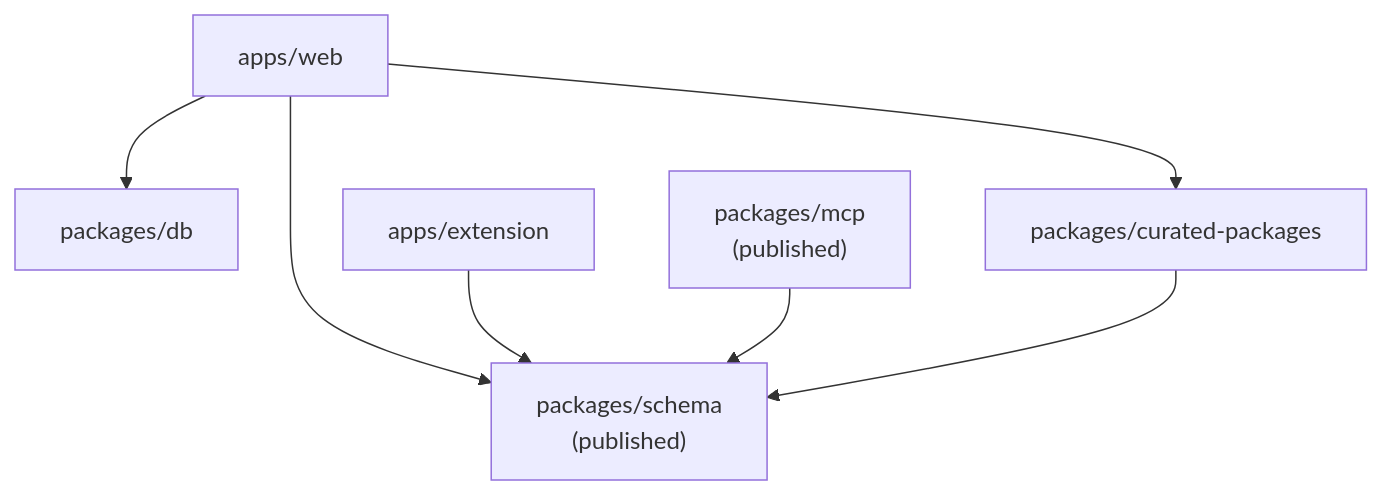
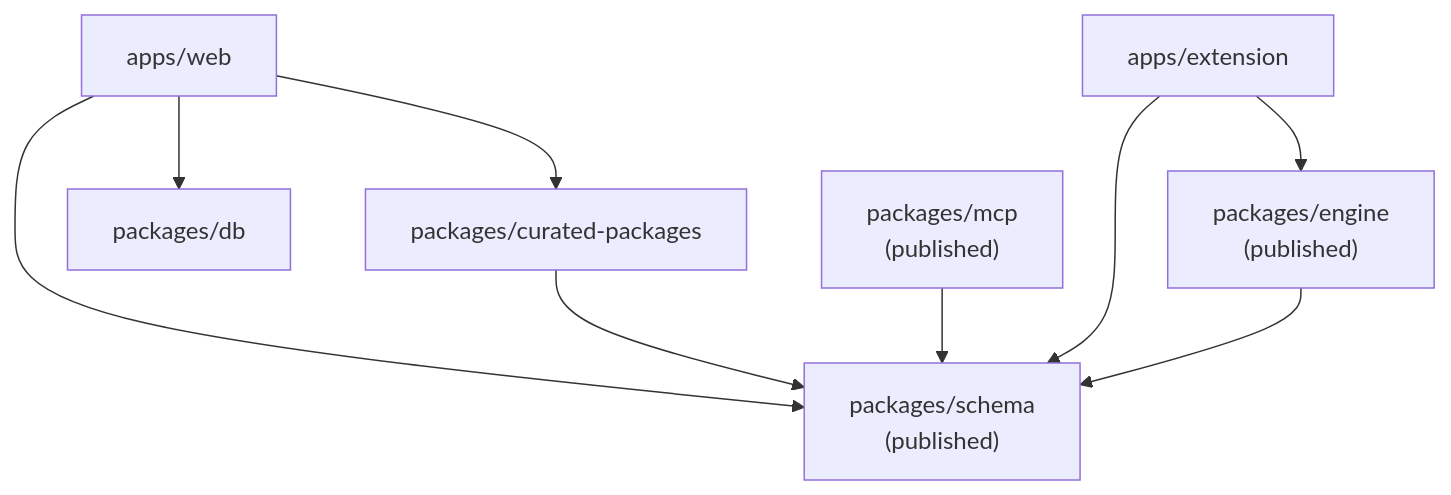
Before and after one commit to robertn702/webmcp-today: the second of 5 diagrams in ARCHITECTURE.md, drawn with Mermaid. The commit also changed other lines of this file and 25 other files, not shown here.

First line of the commit message:
refactor: extract API execution engine into packages/engine (MIT)

````diff
--- a/ARCHITECTURE.md
+++ b/ARCHITECTURE.md
@@ -72,16 +77,19 @@
 ```mermaid
 flowchart TD
     schema["packages/schema<br/>(published)"]
+    engine["packages/engine<br/>(published)"]
     db["packages/db"]
     defs["packages/curated-packages"]
     web["apps/web"]
     ext["apps/extension"]
     mcp["packages/mcp<br/>(published)"]
 
     web --> schema
     web --> db
     web --> defs
     ext --> schema
+    ext --> engine
+    engine --> schema
     mcp --> schema
     defs --> schema
 ```
````
